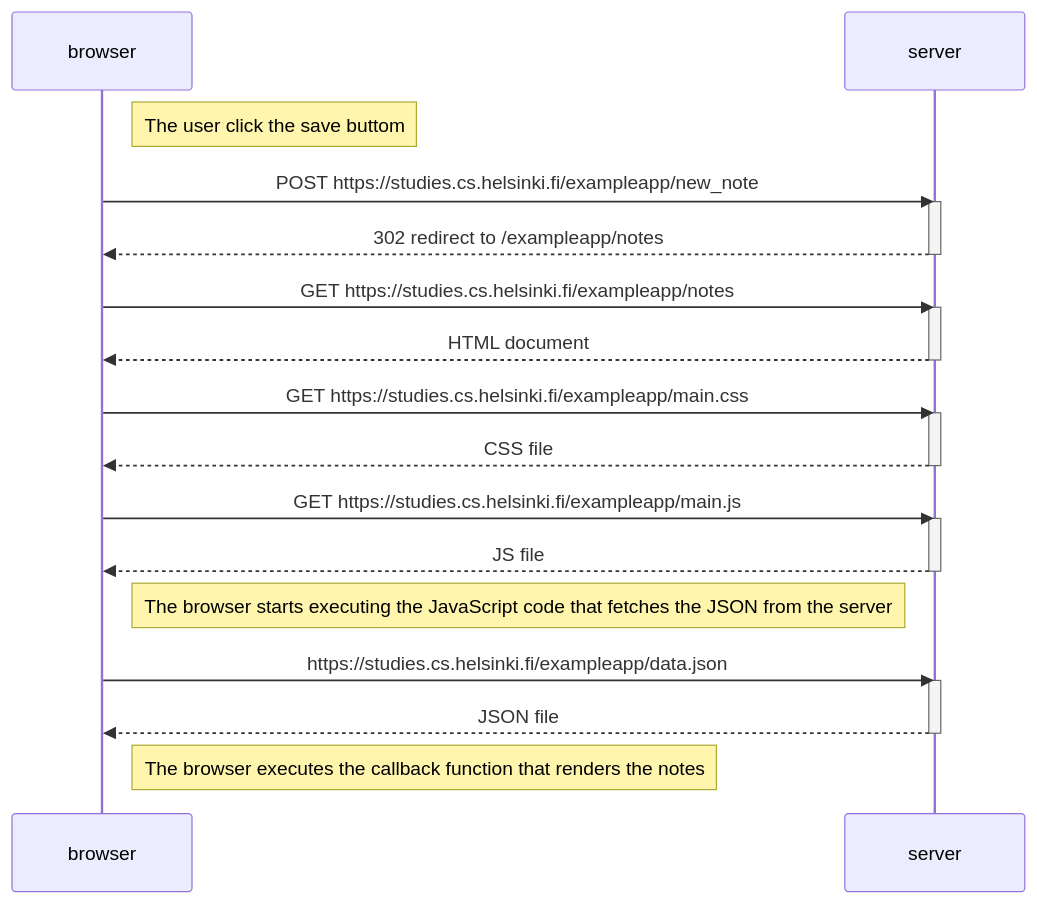
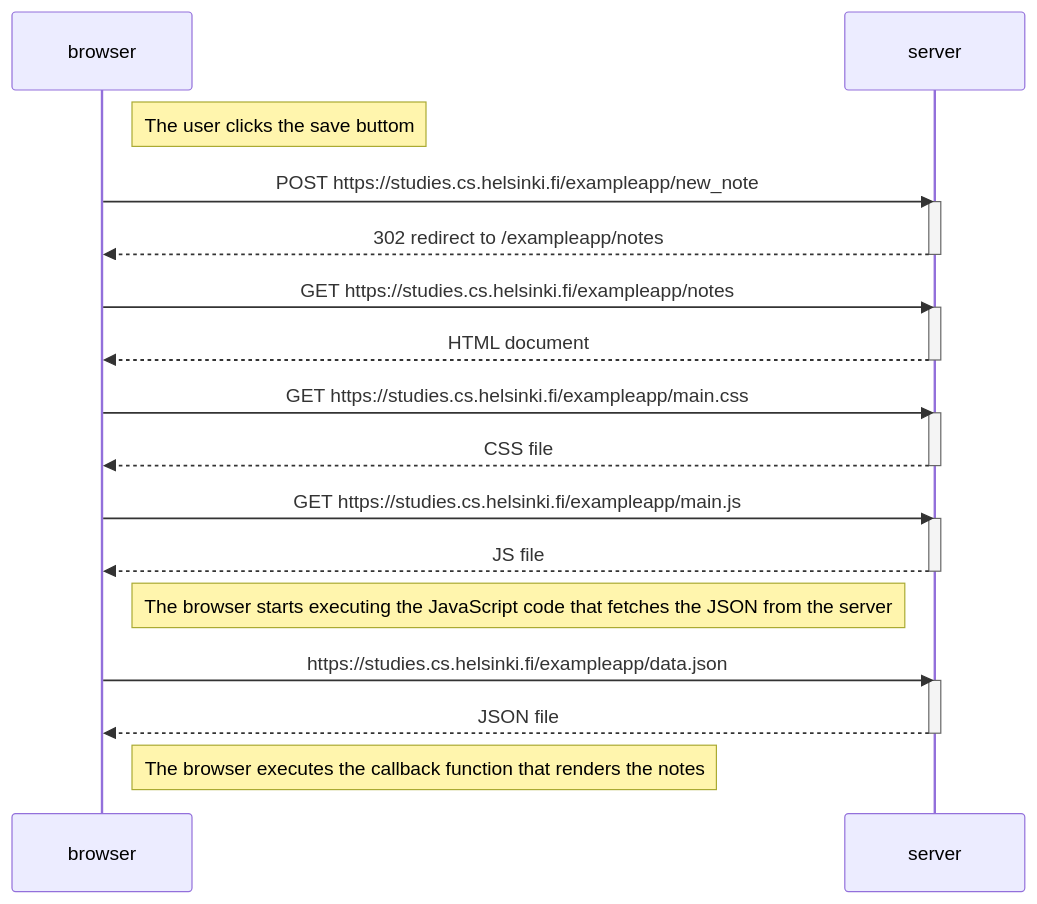
The diagram in part0/0.4_NewNoteDiagram.md (RiverCX/helsinki-fullstack-course), drawn with Mermaid before and after one commit.

````diff
--- a/part0/0.4_NewNoteDiagram.md
+++ b/part0/0.4_NewNoteDiagram.md
@@ -1,33 +1,33 @@
 ```mermaid
 sequenceDiagram
   participant browser
   participant server
 
-  Note right of browser: The user click the save buttom
+  Note right of browser: The user clicks the save buttom
   browser->>server: POST https://studies.cs.helsinki.fi/exampleapp/new_note
   activate server
   server-->>browser: 302 redirect to /exampleapp/notes
   deactivate server
 
   browser->>server: GET https://studies.cs.helsinki.fi/exampleapp/notes
   activate server
   server-->>browser: HTML document
   deactivate server
 
   browser->>server: GET https://studies.cs.helsinki.fi/exampleapp/main.css
   activate server
   server-->>browser: CSS file
   deactivate server
 
   browser->>server: GET https://studies.cs.helsinki.fi/exampleapp/main.js
   activate server
   server-->>browser: JS file
   deactivate server
   Note right of browser: The browser starts executing the JavaScript code that fetches the JSON from the server
 
   browser->>server: https://studies.cs.helsinki.fi/exampleapp/data.json
   activate server
   server-->>browser: JSON file
   deactivate server
   Note right of browser: The browser executes the callback function that renders the notes
 ```
````
